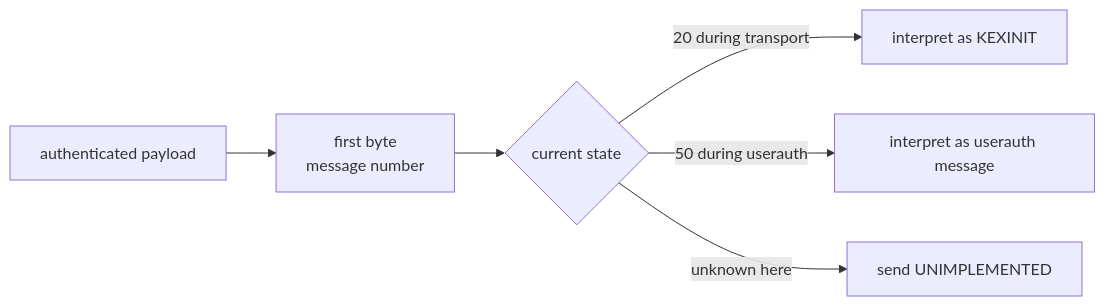
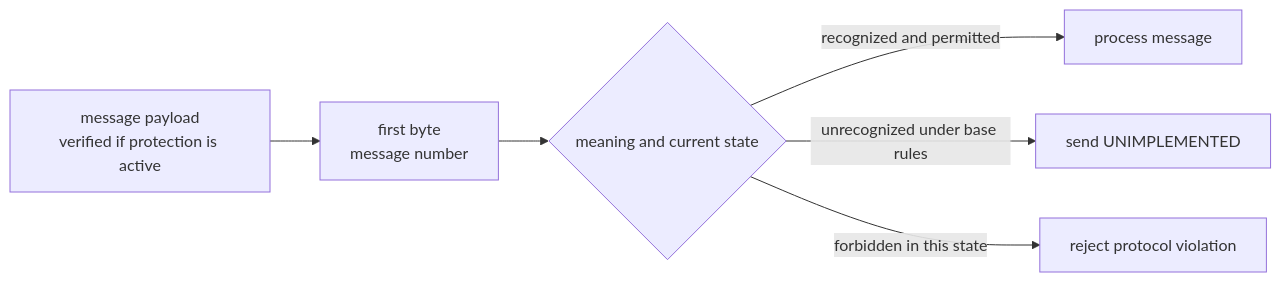
Before and after one commit to fornwall/ssh-protocol: the first of 4 diagrams in src/binary-packets.md, drawn with Mermaid. The commit also changed other lines of this file and 16 other files, not shown here.

````diff
--- a/src/binary-packets.md
+++ b/src/binary-packets.md
@@ -81,8 +108,8 @@
 ```mermaid
 flowchart LR
-    P["authenticated payload"] --> N["first byte<br/>message number"]
-    N --> S{"current state"}
-    S -->|"20 during transport"| K["interpret as KEXINIT"]
-    S -->|"50 during userauth"| U["interpret as userauth message"]
-    S -->|"unknown here"| X["send UNIMPLEMENTED"]
+    P["message payload<br/>verified if protection is active"] --> N["first byte<br/>message number"]
+    N --> S{"meaning and current state"}
+    S -->|"recognized and permitted"| K["process message"]
+    S -->|"unrecognized under base rules"| X["send UNIMPLEMENTED"]
+    S -->|"forbidden in this state"| F["reject protocol violation"]
 ```
````
